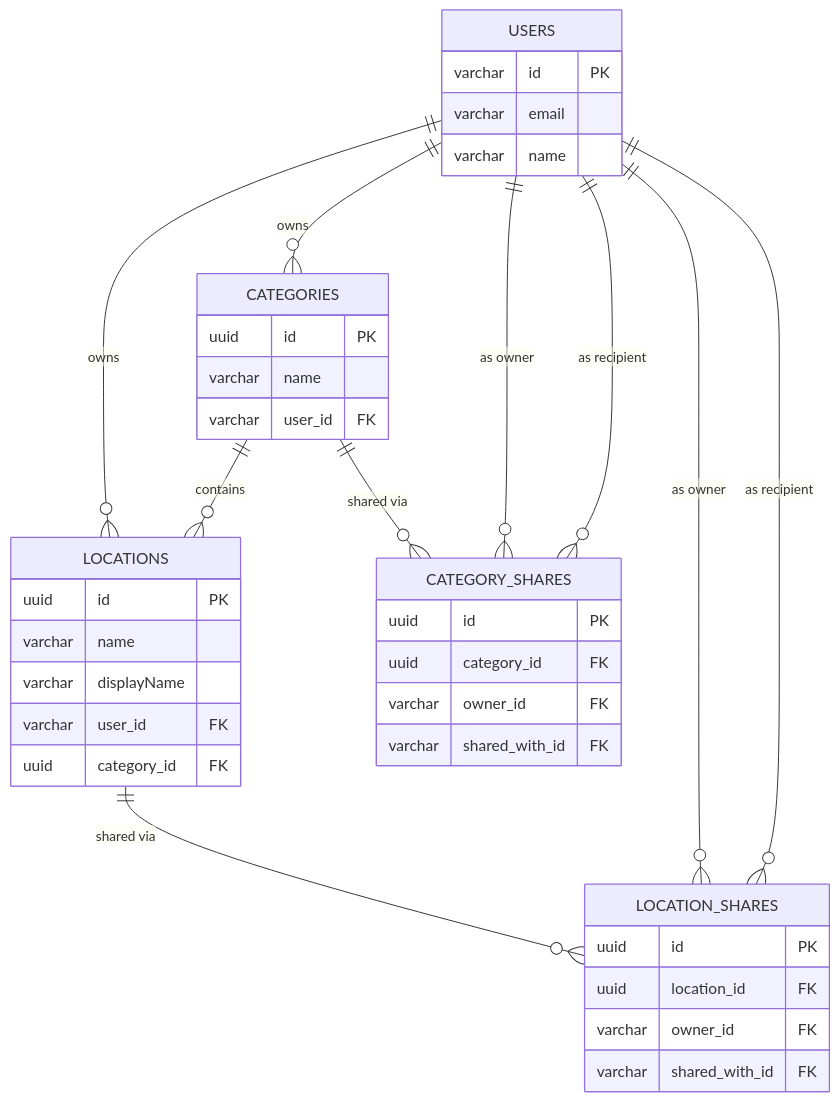
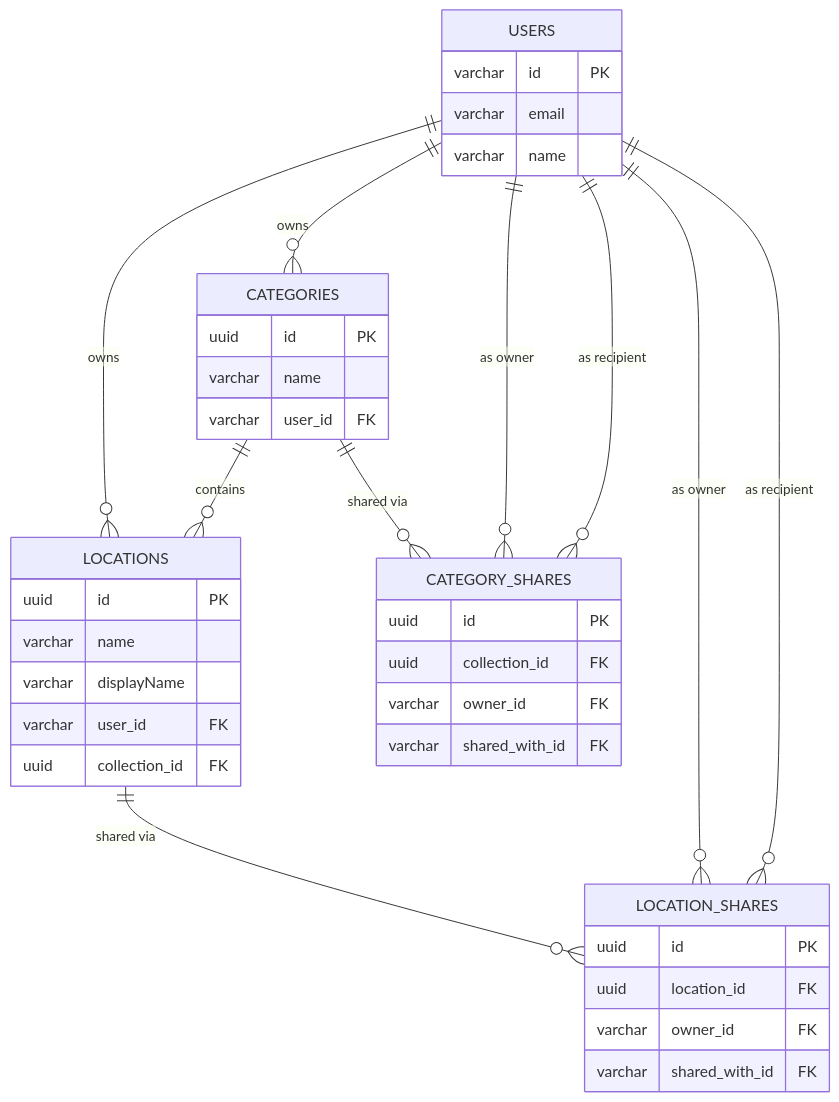
One commit to lhhiep2204/Locify changed the diagram in docs/Locify_Database_Schema.md. Above: the diagram before and after it, drawn with Mermaid. The commit also changed other lines of this file and 45 other files, not shown here.

Commit message:
Change the name of the "Category" to "Collection"

````diff
--- a/docs/Locify_Database_Schema.md
+++ b/docs/Locify_Database_Schema.md
@@ -169,51 +169,51 @@
 ```mermaid
 erDiagram
     USERS {
         varchar id PK
         varchar email
         varchar name
     }
 
     CATEGORIES {
         uuid id PK
         varchar name
         varchar user_id FK
     }
 
     LOCATIONS {
         uuid id PK
         varchar name
         varchar displayName
         varchar user_id FK
-        uuid category_id FK
+        uuid collection_id FK
     }
 
     CATEGORY_SHARES {
         uuid id PK
-        uuid category_id FK
+        uuid collection_id FK
         varchar owner_id FK
         varchar shared_with_id FK
     }
 
     LOCATION_SHARES {
         uuid id PK
         uuid location_id FK
         varchar owner_id FK
         varchar shared_with_id FK
     }
 
     %% Core ownership
     USERS ||--o{ CATEGORIES : "owns"
     USERS ||--o{ LOCATIONS : "owns"
     CATEGORIES ||--o{ LOCATIONS : "contains"
 
-    %% Category shares
+    %% Collection shares
     CATEGORIES ||--o{ CATEGORY_SHARES : "shared via"
     USERS ||--o{ CATEGORY_SHARES : "as owner"
     USERS ||--o{ CATEGORY_SHARES : "as recipient"
 
     %% Location shares
     LOCATIONS ||--o{ LOCATION_SHARES : "shared via"
     USERS ||--o{ LOCATION_SHARES : "as owner"
     USERS ||--o{ LOCATION_SHARES : "as recipient"
 ```
````
